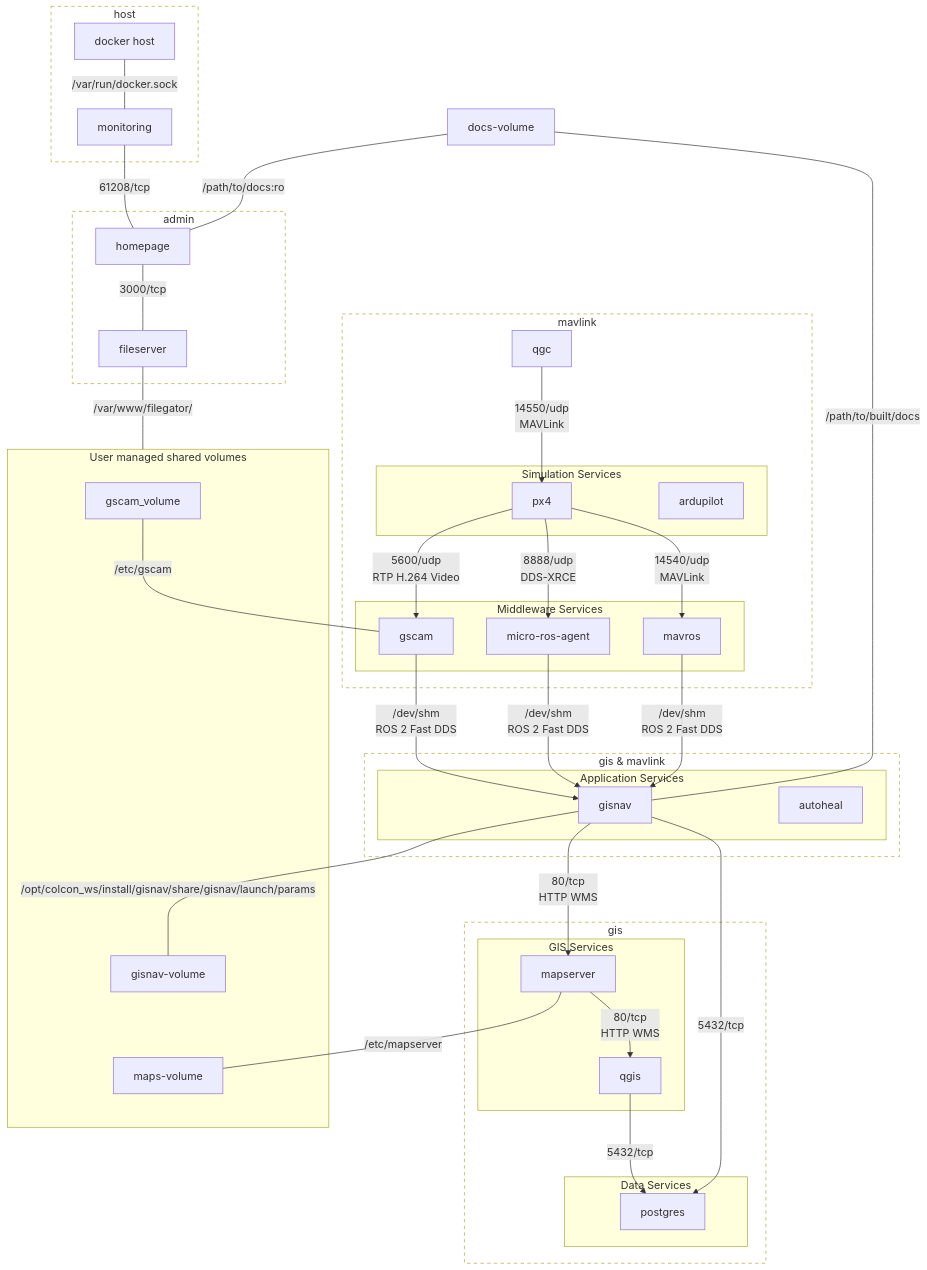
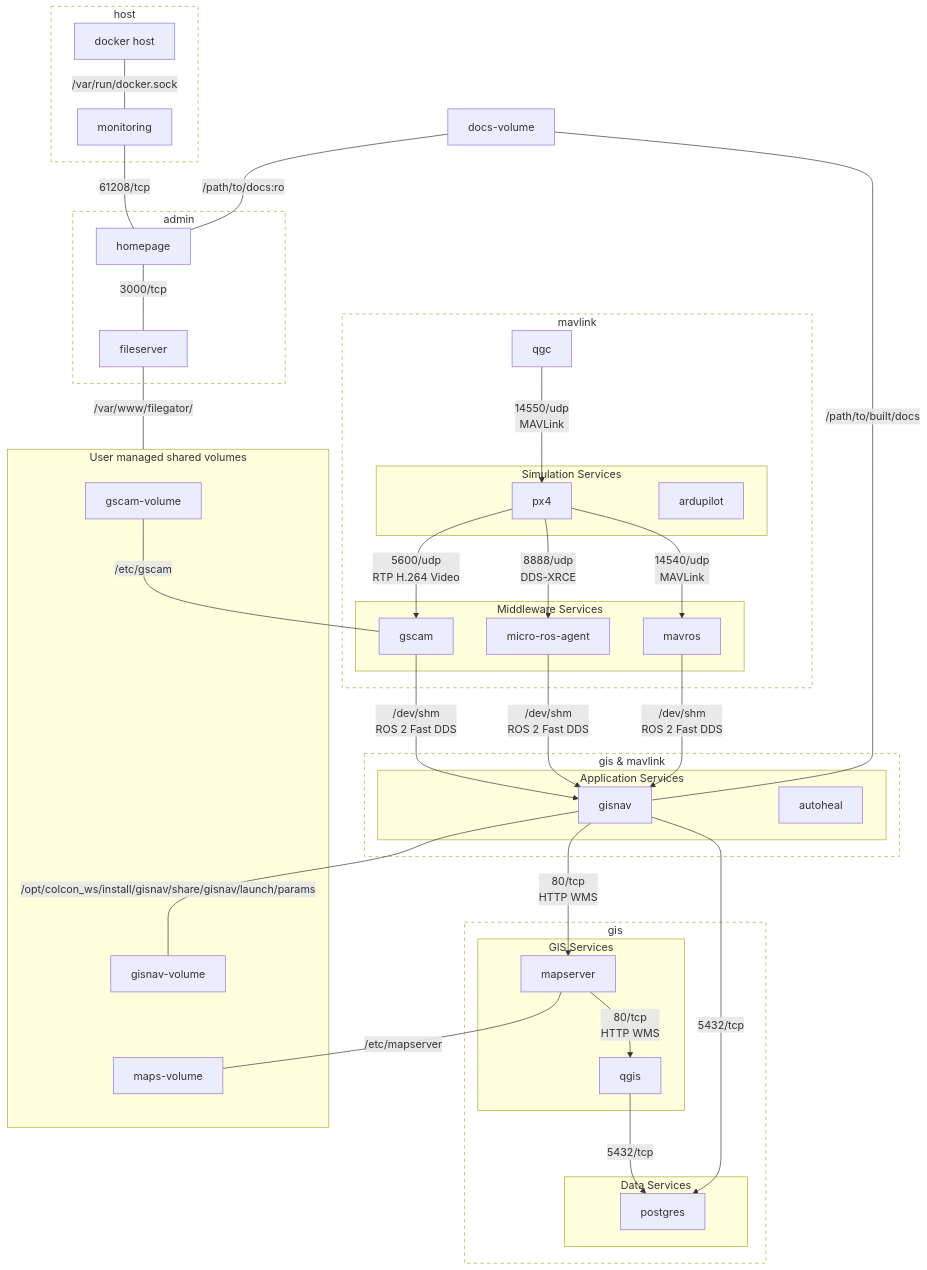
One commit to hmakelin/gisnav changed the diagram in docker/DOCKER.rst. Above: the diagram before and after it, drawn with Mermaid.

Commit message:
Fix gscam volume name in diagram [skip ci]

```diff
--- a/docker/DOCKER.rst
+++ b/docker/DOCKER.rst
@@ -34,75 +34,75 @@
 .. mermaid::
 
     graph TD
         subgraph mavlink ["mavlink"]
             mavlink_qgc[qgc]
             subgraph simulation ["Simulation Services"]
                 simulation_px4[px4]
                 simulation_ardupilot[ardupilot]
             end
             subgraph middleware ["Middleware Services"]
                 middleware_mavros[mavros]
                 middleware_micro_ros_agent[micro-ros-agent]
                 middleware_gscam[gscam]
             end
         end
 
         subgraph gis_mavlink ["gis & mavlink"]
             subgraph application ["Application Services"]
                 application_gisnav[gisnav]
                 application_autoheal[autoheal]
             end
         end
         subgraph gis ["gis"]
             subgraph gis_services ["GIS Services"]
                 gis_mapserver[mapserver]
                 gis_qgis[qgis]
             end
             subgraph data_services ["Data Services"]
                 gis_postgres[postgres]
             end
         end
 
         subgraph admin ["admin"]
             homepage[homepage]
             fileserver[fileserver]
         end
 
         subgraph volumes ["User managed shared volumes"]
-            gscam_volume[gscam_volume]
+            gscam_volume[gscam-volume]
             gis_maps_volume[maps-volume]
             application_gisnav_volume[gisnav-volume]
         end
         application_docs_volume[docs-volume]
 
         mavlink_qgc -->|14550/udp\nMAVLink| simulation_px4
         simulation_px4 -->|14540/udp\nMAVLink| middleware_mavros
         simulation_px4 -->|8888/udp\nDDS-XRCE | middleware_micro_ros_agent
         simulation_px4 -->|5600/udp\nRTP H.264 Video| middleware_gscam
         middleware_mavros -->|/dev/shm\nROS 2 Fast DDS| application_gisnav
         middleware_micro_ros_agent -->|/dev/shm\nROS 2 Fast DDS| application_gisnav
         middleware_gscam -->|/dev/shm\nROS 2 Fast DDS| application_gisnav
         application_gisnav -->|5432/tcp| gis_postgres
 
         application_gisnav -->|80/tcp\nHTTP WMS| gis_mapserver
         gis_mapserver -->|80/tcp\nHTTP WMS| gis_qgis
         gis_qgis -->|5432/tcp| gis_postgres
         gis_mapserver ---|/etc/mapserver| gis_maps_volume
         application_gisnav ---|/opt/colcon_ws/install/gisnav/share/gisnav/launch/params| application_gisnav_volume
         application_docs_volume ---|/path/to/built/docs| application_gisnav
         homepage ---|3000/tcp| fileserver
         fileserver ---|"/var/www/filegator/"| volumes
         gscam_volume ---|/etc/gscam| middleware_gscam
 
         application_docs_volume ---|/path/to/docs:ro| homepage
 
         subgraph host ["host"]
             monitoring["monitoring"]
             docker_host["docker host"]
         end
 
         monitoring ---|61208/tcp| homepage
         docker_host ---|/var/run/docker.sock| monitoring
 
         classDef network fill:transparent,stroke-dasharray:5 5;
         class mavlink,gis,gis_mavlink,admin,admin_gis,host network
```
